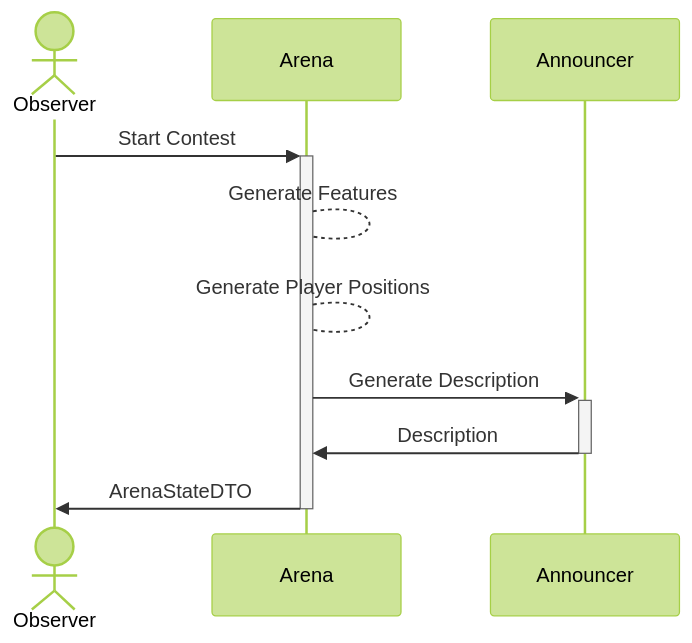
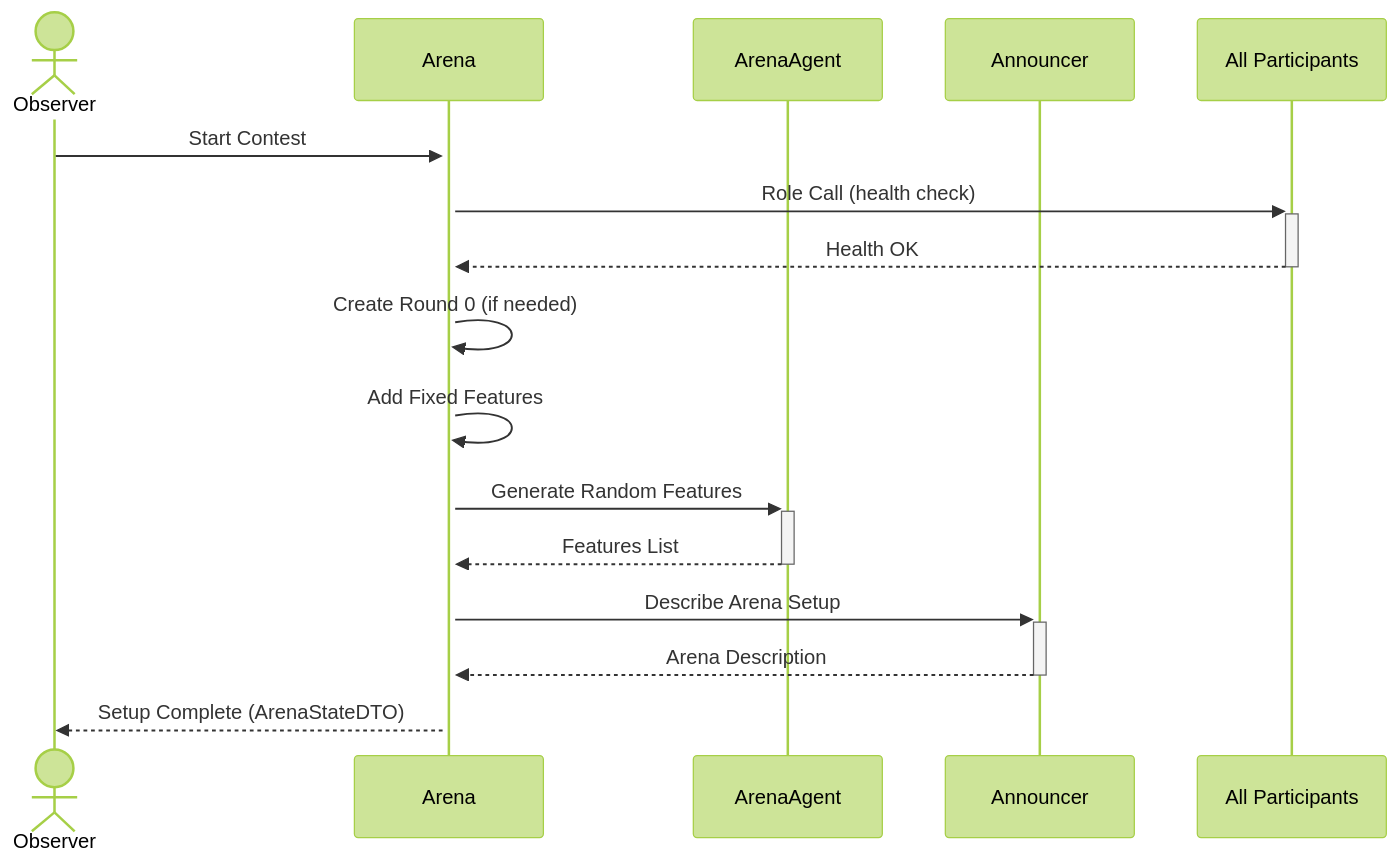
One commit to 0xbeedao/agent-arena changed the first of 2 diagrams in docs/architecture.md. Above: the diagram before and after it, drawn with Mermaid (forest theme). The commit also changed other lines of this file and 1 other file, not shown here.

Commit message:
updated diagrams in docs and added new async docs

````diff
--- a/docs/architecture.md
+++ b/docs/architecture.md
@@ -26,13 +27,18 @@
 ```mermaid
 sequenceDiagram
     Actor Observer
     Participant Arena
+    Participant ArenaAgent
     Participant Announcer
 
     Observer ->>+ Arena: Start Contest
-    Arena --> Arena: Generate Features
-    Arena --> Arena: Generate Player Positions
-    Arena ->>+ Announcer: Generate Description
-    Announcer ->>- Arena: Description
-    Arena ->>- Observer: ArenaStateDTO
+    Arena ->>+ All Participants: Role Call (health check)
+    All Participants -->>- Arena: Health OK
+    Arena ->> Arena: Create Round 0 (if needed)
+    Arena ->> Arena: Add Fixed Features
+    Arena ->>+ ArenaAgent: Generate Random Features
+    ArenaAgent -->>- Arena: Features List
+    Arena ->>+ Announcer: Describe Arena Setup
+    Announcer -->>- Arena: Arena Description
+    Arena -->> Observer: Setup Complete (ArenaStateDTO)
 ```
````
